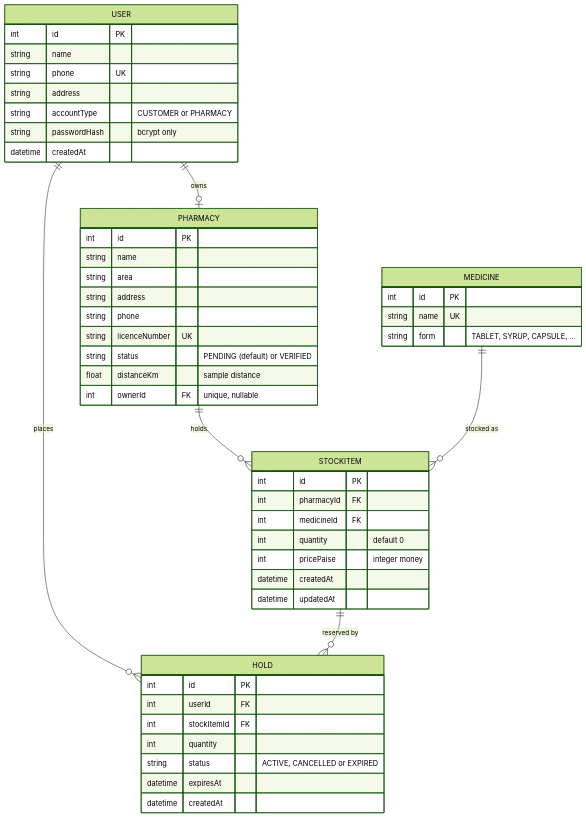
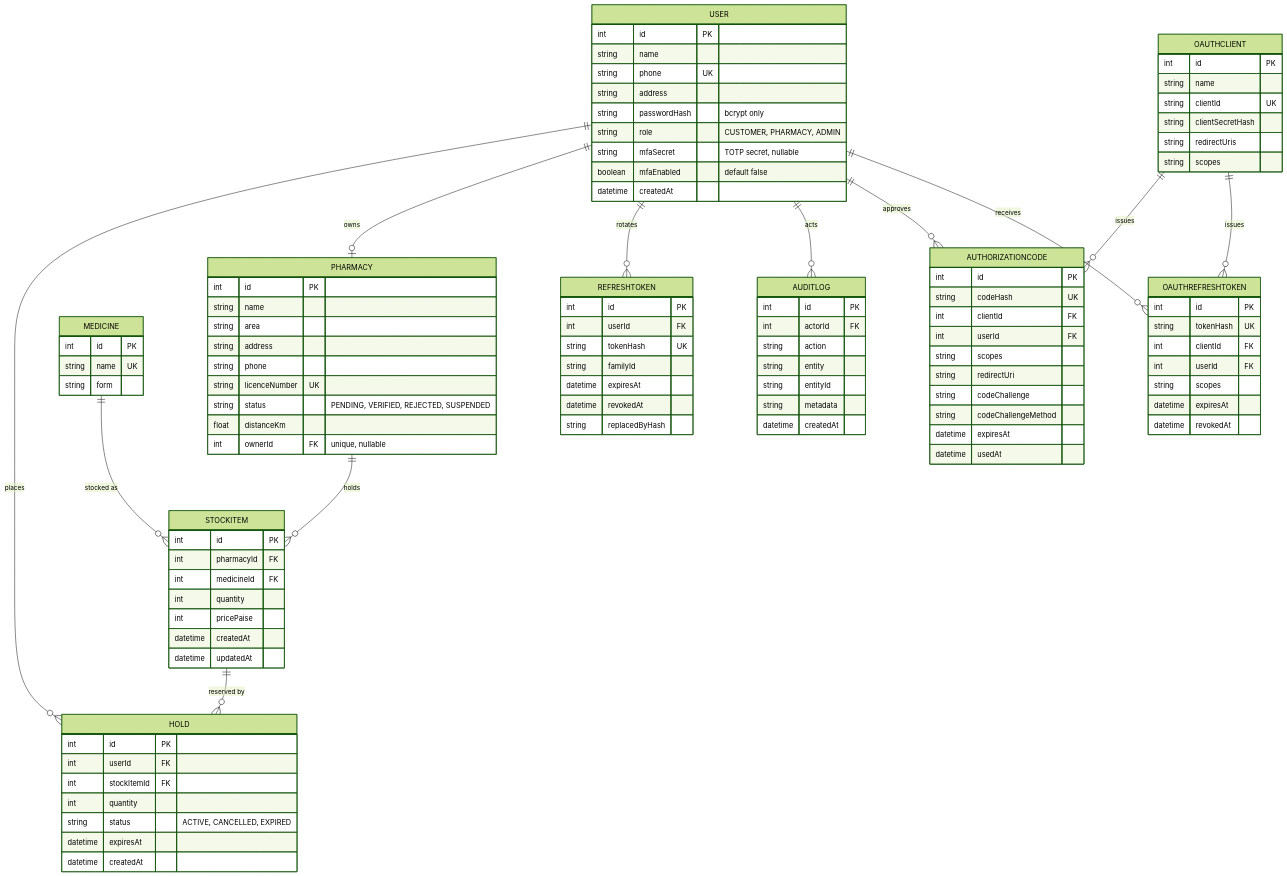
The fourth of 4 diagrams in README.md (vishalkbladerunner-create/velora_AP_2026), drawn with Mermaid (forest theme) before and after one commit. The commit also changed other lines of this file and 51 other files, not shown here.

````diff
--- a/README.md
+++ b/README.md
@@ -129,11 +171,17 @@
     USER ||--o{ HOLD : places
     STOCKITEM ||--o{ HOLD : "reserved by"
     USER ||--o| PHARMACY : owns
+    USER ||--o{ REFRESHTOKEN : rotates
+    USER ||--o{ AUDITLOG : acts
+    OAUTHCLIENT ||--o{ AUTHORIZATIONCODE : issues
+    OAUTHCLIENT ||--o{ OAUTHREFRESHTOKEN : issues
+    USER ||--o{ AUTHORIZATIONCODE : approves
+    USER ||--o{ OAUTHREFRESHTOKEN : receives
 
     MEDICINE {
         int id PK
         string name UK
-        string form "TABLET, SYRUP, CAPSULE, ..."
+        string form
     }
     PHARMACY {
         int id PK
@@ -142,16 +190,16 @@
         string address
         string phone
         string licenceNumber UK
-        string status "PENDING (default) or VERIFIED"
-        float distanceKm "sample distance"
+        string status "PENDING, VERIFIED, REJECTED, SUSPENDED"
+        float distanceKm
         int ownerId FK "unique, nullable"
     }
     STOCKITEM {
         int id PK
         int pharmacyId FK
         int medicineId FK
-        int quantity "default 0"
-        int pricePaise "integer money"
+        int quantity
+        int pricePaise
         datetime createdAt
         datetime updatedAt
     }
@@ -160,8 +208,10 @@
         string name
         string phone UK
         string address
-        string accountType "CUSTOMER or PHARMACY"
         string passwordHash "bcrypt only"
+        string role "CUSTOMER, PHARMACY, ADMIN"
+        string mfaSecret "TOTP secret, nullable"
+        boolean mfaEnabled "default false"
         datetime createdAt
     }
     HOLD {
@@ -169,8 +219,55 @@
         int userId FK
         int stockItemId FK
         int quantity
-        string status "ACTIVE, CANCELLED or EXPIRED"
+        string status "ACTIVE, CANCELLED, EXPIRED"
         datetime expiresAt
         datetime createdAt
     }
+    REFRESHTOKEN {
+        int id PK
+        int userId FK
+        string tokenHash UK
+        string familyId
+        datetime expiresAt
+        datetime revokedAt
+        string replacedByHash
+    }
+    AUDITLOG {
+        int id PK
+        int actorId FK
+        string action
+        string entity
+        string entityId
+        string metadata
+        datetime createdAt
+    }
+    OAUTHCLIENT {
+        int id PK
+        string name
+        string clientId UK
+        string clientSecretHash
+        string redirectUris
+        string scopes
+    }
+    AUTHORIZATIONCODE {
+        int id PK
+        string codeHash UK
+        int clientId FK
+        int userId FK
+        string scopes
+        string redirectUri
+        string codeChallenge
+        string codeChallengeMethod
+        datetime expiresAt
+        datetime usedAt
+    }
+    OAUTHREFRESHTOKEN {
+        int id PK
+        string tokenHash UK
+        int clientId FK
+        int userId FK
+        string scopes
+        datetime expiresAt
+        datetime revokedAt
+    }
 ```
````
